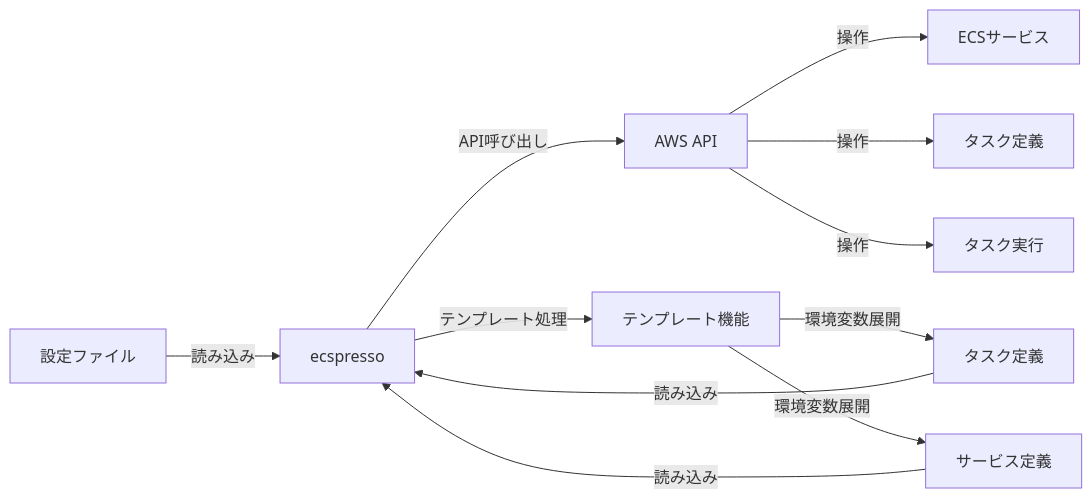
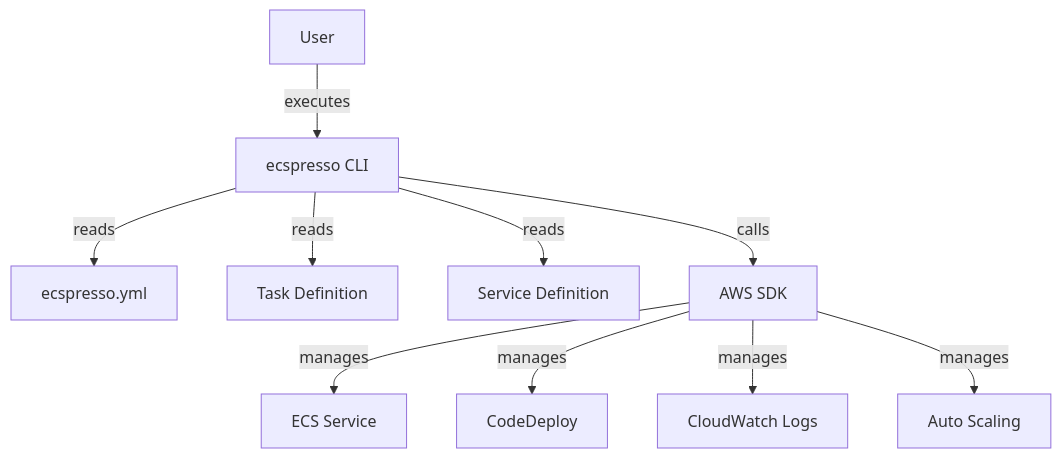
Before and after one commit to bufferings/devin-docs: the diagram in ecspresso/introduction/about.md, drawn with Mermaid. The commit also changed other lines of this file and 33 other files, not shown here.

````diff
--- a/ecspresso/introduction/about.md
+++ b/ecspresso/introduction/about.md
@@ -61,13 +27,12 @@
 ```mermaid
-graph LR
-    A[設定ファイル] -->|読み込み| B[ecspresso]
-    C[タスク定義] -->|読み込み| B
-    D[サービス定義] -->|読み込み| B
-    B -->|API呼び出し| E[AWS API]
-    E -->|操作| F[ECSサービス]
-    E -->|操作| G[タスク定義]
-    E -->|操作| H[タスク実行]
-    B -->|テンプレート処理| I[テンプレート機能]
-    I -->|環境変数展開| C
-    I -->|環境変数展開| D
+graph TD
+    User[User] -->|executes| Ecspresso[ecspresso CLI]
+    Ecspresso -->|reads| Config[ecspresso.yml]
+    Ecspresso -->|reads| TaskDef[Task Definition]
+    Ecspresso -->|reads| ServiceDef[Service Definition]
+    Ecspresso -->|calls| AWS[AWS SDK]
+    AWS -->|manages| ECS[ECS Service]
+    AWS -->|manages| CD[CodeDeploy]
+    AWS -->|manages| CW[CloudWatch Logs]
+    AWS -->|manages| AS[Auto Scaling]
 ```
````
